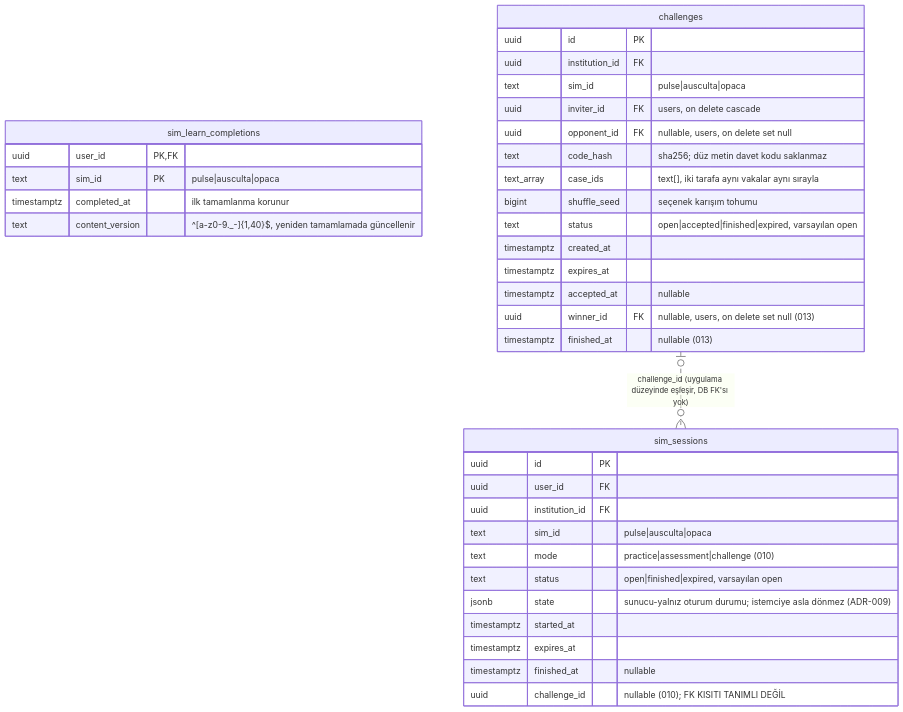
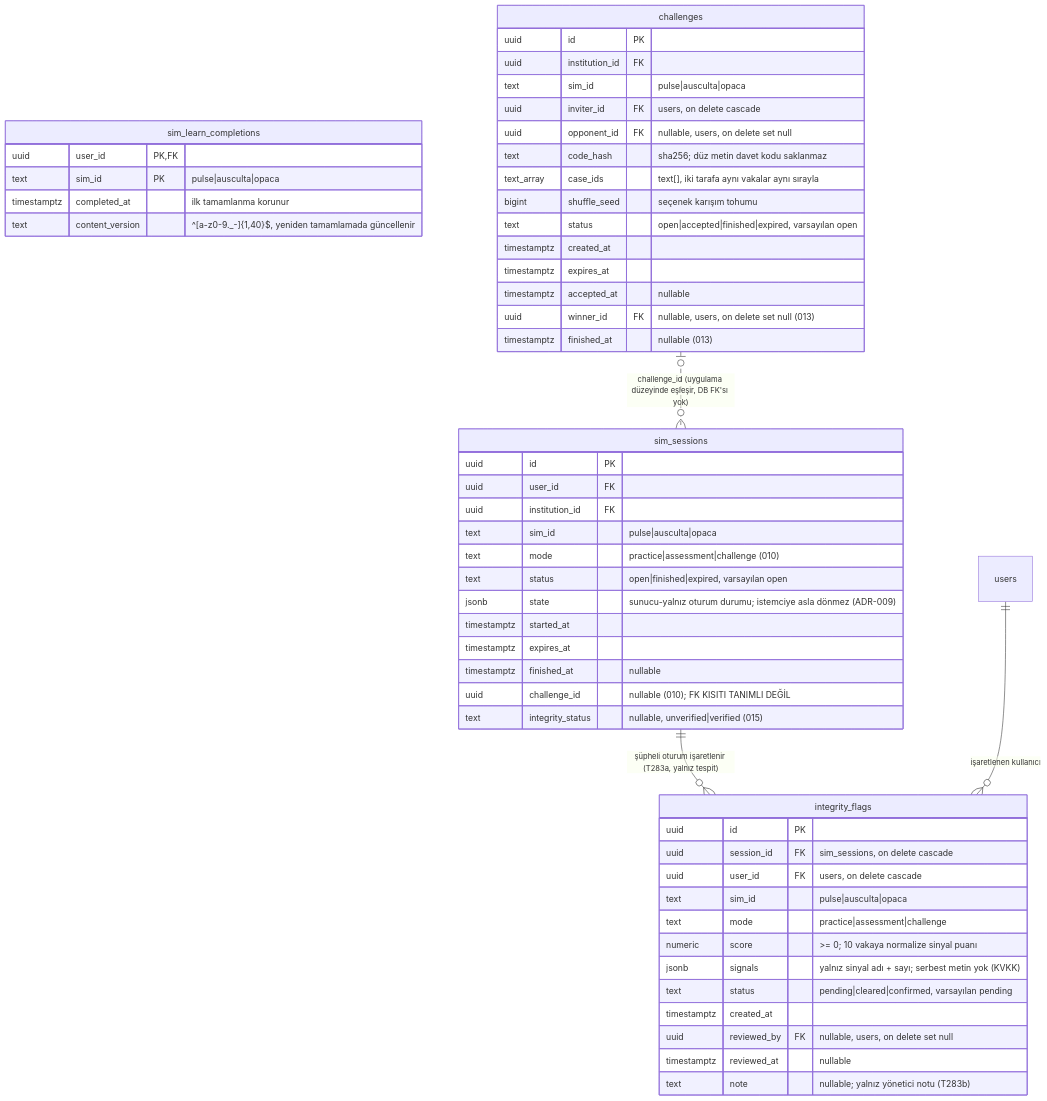
Before and after one commit to ozankaraca10/egemed: the fourth of 7 diagrams in docs/sema/veritabani.md, drawn with Mermaid. The commit also changed other lines of this file and 17 other files, not shown here.

Commit message:
T283a: sunucu davranış sinyalleri ve bütünlük işaretleri (yalnız tespit; 10 vakaya normalize puan, GET /admin/integrity, şemalar güncel) (Sonnet; review+kalibrasyon: Claude)

````diff
--- a/docs/sema/veritabani.md
+++ b/docs/sema/veritabani.md
@@ -240,40 +240,57 @@
 ```mermaid
 erDiagram
   sim_sessions {
     uuid id PK
     uuid user_id FK
     uuid institution_id FK
     text sim_id "pulse|ausculta|opaca"
     text mode "practice|assessment|challenge (010)"
     text status "open|finished|expired, varsayılan open"
     jsonb state "sunucu-yalnız oturum durumu; istemciye asla dönmez (ADR-009)"
     timestamptz started_at
     timestamptz expires_at
     timestamptz finished_at "nullable"
     uuid challenge_id "nullable (010); FK KISITI TANIMLI DEĞİL"
+    text integrity_status "nullable, unverified|verified (015)"
+  }
+  integrity_flags {
+    uuid id PK
+    uuid session_id FK "sim_sessions, on delete cascade"
+    uuid user_id FK "users, on delete cascade"
+    text sim_id "pulse|ausculta|opaca"
+    text mode "practice|assessment|challenge"
+    numeric score ">= 0; 10 vakaya normalize sinyal puanı"
+    jsonb signals "yalnız sinyal adı + sayı; serbest metin yok (KVKK)"
+    text status "pending|cleared|confirmed, varsayılan pending"
+    timestamptz created_at
+    uuid reviewed_by FK "nullable, users, on delete set null"
+    timestamptz reviewed_at "nullable"
+    text note "nullable; yalnız yönetici notu (T283b)"
   }
   sim_learn_completions {
     uuid user_id PK, FK
     text sim_id PK "pulse|ausculta|opaca"
     timestamptz completed_at "ilk tamamlanma korunur"
     text content_version "^[a-z0-9._-]{1,40}$, yeniden tamamlamada güncellenir"
   }
   challenges {
     uuid id PK
     uuid institution_id FK
     text sim_id "pulse|ausculta|opaca"
     uuid inviter_id FK "users, on delete cascade"
     uuid opponent_id FK "nullable, users, on delete set null"
     text code_hash "sha256; düz metin davet kodu saklanmaz"
     text_array case_ids "text[], iki tarafa aynı vakalar aynı sırayla"
     bigint shuffle_seed "seçenek karışım tohumu"
     text status "open|accepted|finished|expired, varsayılan open"
     timestamptz created_at
     timestamptz expires_at
     timestamptz accepted_at "nullable"
     uuid winner_id FK "nullable, users, on delete set null (013)"
     timestamptz finished_at "nullable (013)"
   }
 
   challenges |o..o{ sim_sessions : "challenge_id (uygulama düzeyinde eşleşir, DB FK'sı yok)"
+  sim_sessions ||--o{ integrity_flags : "şüpheli oturum işaretlenir (T283a, yalnız tespit)"
+  users ||--o{ integrity_flags : "işaretlenen kullanıcı"
 ```
````
